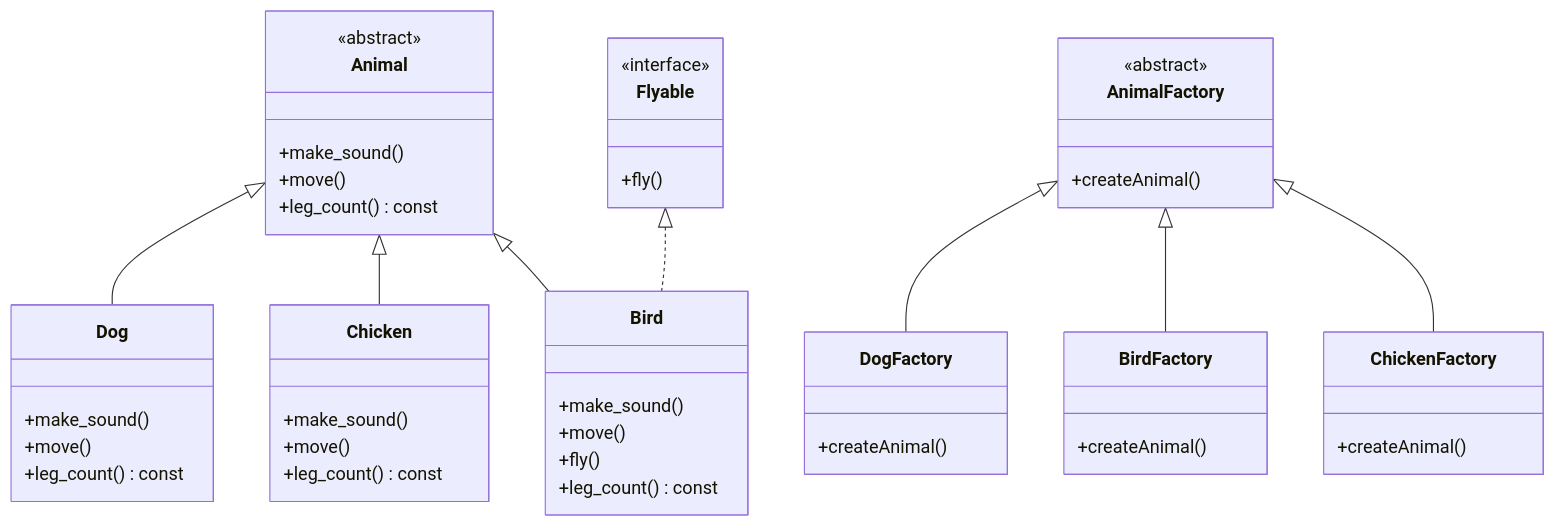
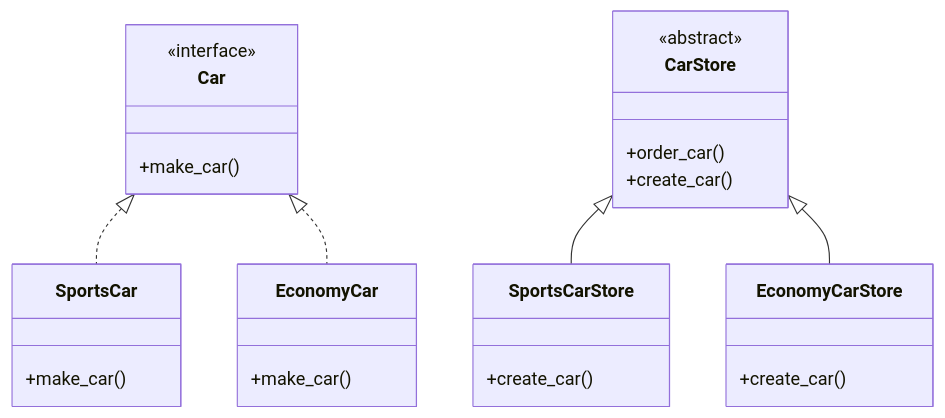
The diagram in source/creational_patterns/factory_method/readme.md (raymondtruongdev/CPP_Design_Pattern), drawn with Mermaid before and after one commit. The commit also changed other lines of this file and 2 other files, not shown here.

Commit message:
Factory Method Design Pattern (updated v2)

````diff
--- a/source/creational_patterns/factory_method/readme.md
+++ b/source/creational_patterns/factory_method/readme.md
@@ -4,69 +9,36 @@
 ```mermaid
 classDiagram
-
-%% Interfaces / Abstract classes
-    class Animal {
-        <<abstract>>
-        +make_sound()
-        +move()
-        +leg_count() const
+    class Car {
+        <<interface>>
+        +make_car()
     }
 
-    class Flyable {
-        <<interface>>
-        +fly()
+    class SportsCar {
+        +make_car()
     }
 
-    class AnimalFactory {
-        <<abstract>>
-        +createAnimal()
+    class EconomyCar {
+        +make_car()
     }
 
-%% Concrete Animal classes
-    class Dog {
-        +make_sound()
-        +move()
-        +leg_count() const
+    Car <|.. SportsCar
+    Car <|.. EconomyCar
+
+    class CarStore {
+        <<abstract>>
+        +order_car()
+        +create_car()
     }
 
-    class Bird {
-        +make_sound()
-        +move()
-        +fly()
-        +leg_count() const
+    class SportsCarStore {
+        +create_car()
     }
 
-    class Chicken {
-        +make_sound()
-        +move()
-        +leg_count() const
+    class EconomyCarStore {
+        +create_car()
     }
 
-%% Concrete Factory classes
-    class DogFactory {
-        +createAnimal()
-    }
-
-    class BirdFactory {
-        +createAnimal()
-    }
-
-    class ChickenFactory {
-        +createAnimal()
-    }
-
-%% Relationships
-    Animal <|-- Dog
-    Animal <|-- Chicken
-    Animal <|-- Bird
-
-
-    Flyable <|.. Bird
-
-    AnimalFactory <|-- DogFactory
-    AnimalFactory <|-- BirdFactory
-    AnimalFactory <|-- ChickenFactory
-
-
+    CarStore <|-- SportsCarStore
+    CarStore <|-- EconomyCarStore
 
 ```
````
